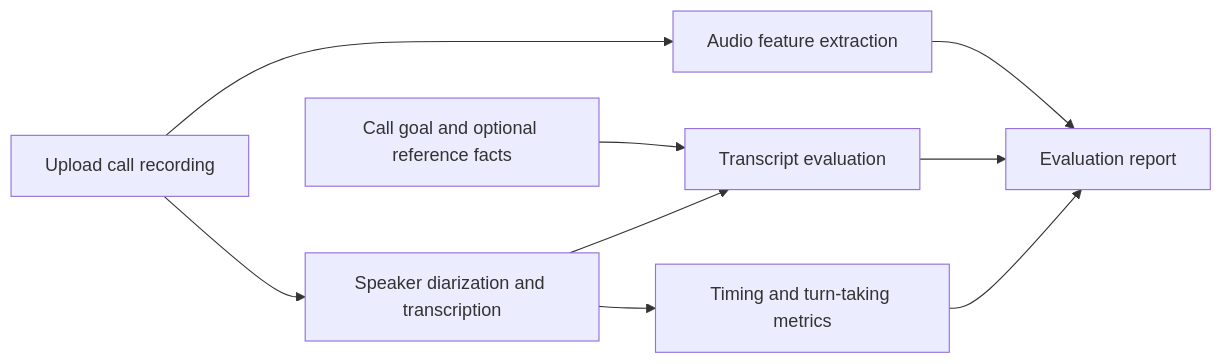
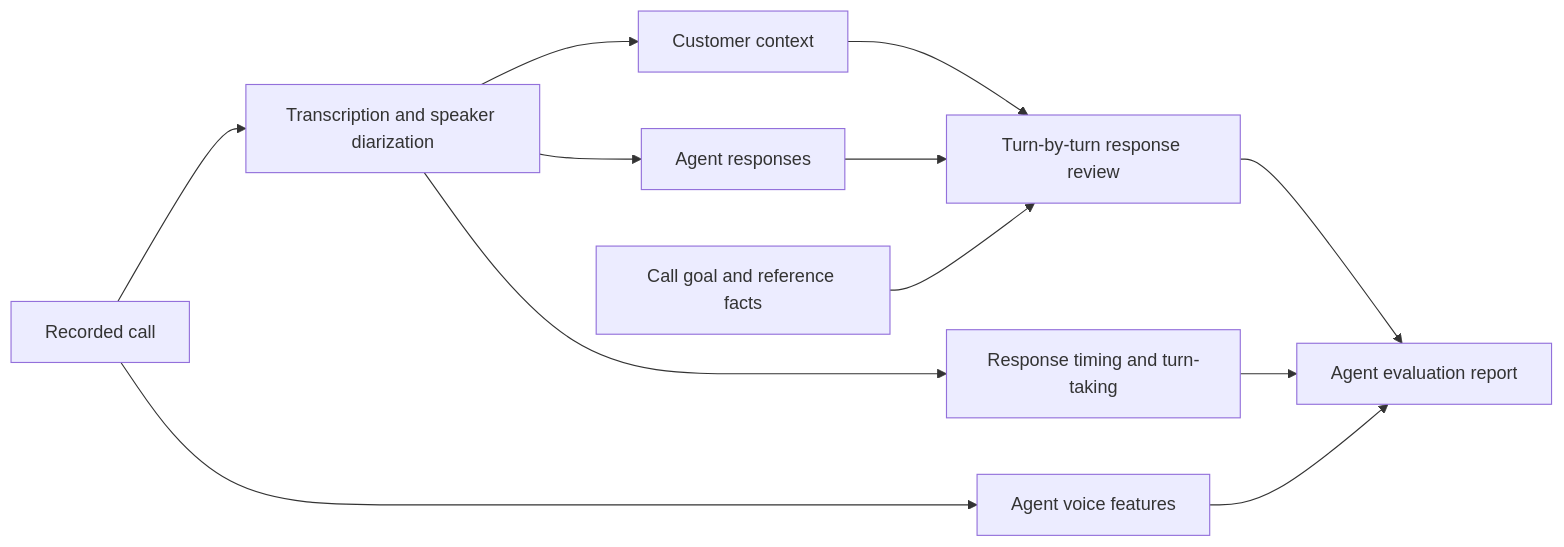
The diagram in README.md (VedikaSrivastava/voice-agent-eval), drawn with Mermaid before and after one commit. The commit also changed other lines of this file and 31 other files, not shown here.

First line of the commit message:
Build voice agent evaluation app and package

````diff
--- a/README.md
+++ b/README.md
@@ -23,11 +41,14 @@
 ```mermaid
 flowchart LR
-    A[Upload call recording] --> B[Speaker diarization and transcription]
-    A --> C[Audio feature extraction]
-    D[Call goal and optional reference facts] --> E[Transcript evaluation]
-    B --> E
-    B --> F[Timing and turn-taking metrics]
-    C --> G[Evaluation report]
-    E --> G
-    F --> G
+    A[Recorded call] --> B[Transcription and speaker diarization]
+    B --> C[Customer context]
+    B --> D[Agent responses]
+    C --> E[Turn-by-turn response review]
+    D --> E
+    F[Call goal and reference facts] --> E
+    B --> G[Response timing and turn-taking]
+    A --> H[Agent voice features]
+    E --> I[Agent evaluation report]
+    G --> I
+    H --> I
 ```
````
